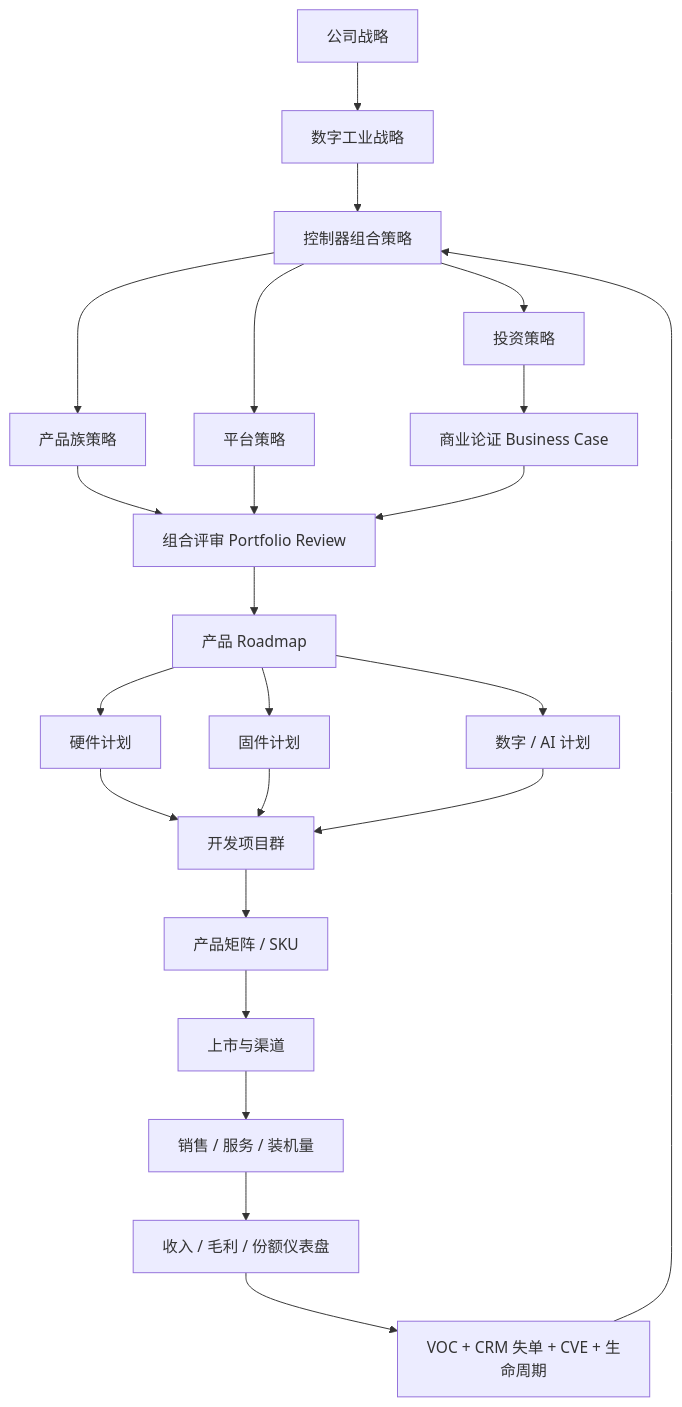
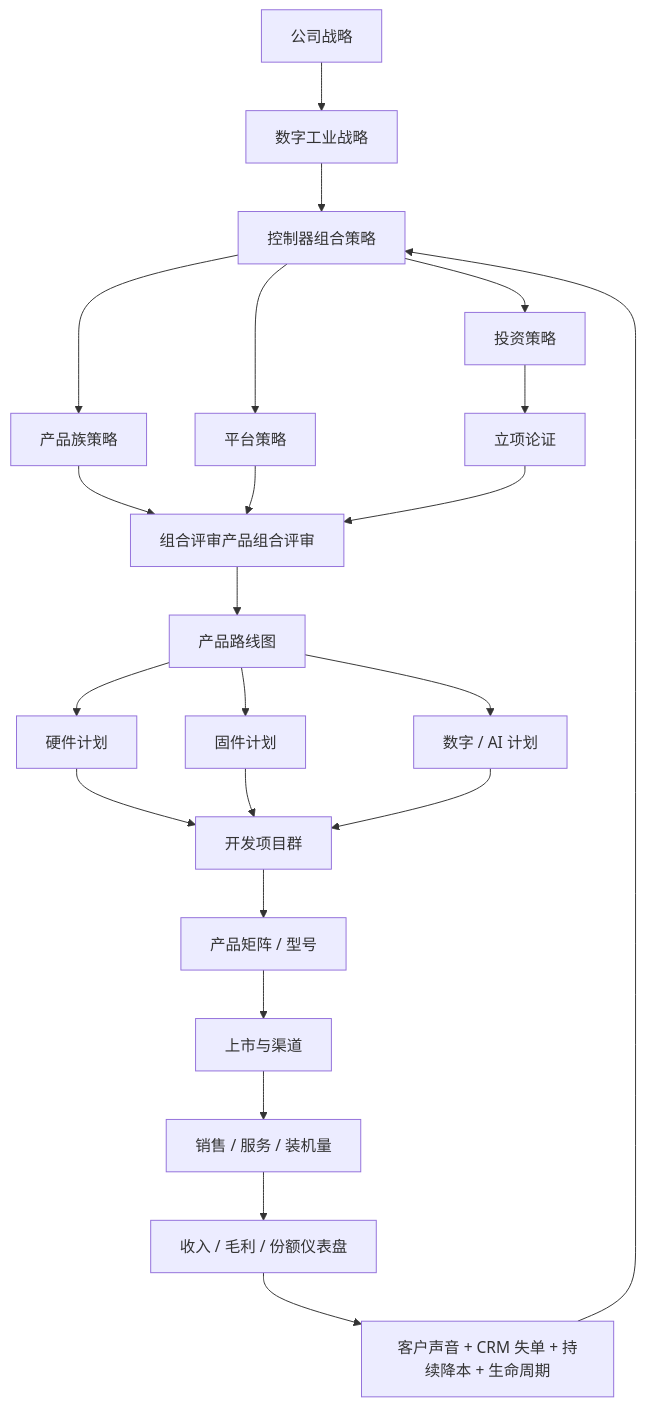
Diagram 11 of 29 in 产品管理/战略和产品管理.md (analyst2004lx/paper01), drawn with Mermaid before and after one commit. The commit also changed other lines of this file and 2 other files, not shown here.

````diff
--- a/产品管理/战略和产品管理.md
+++ b/产品管理/战略和产品管理.md
@@ -1160,30 +1165,30 @@
 ```mermaid
 flowchart TD
     CS["公司战略"] --> DIS["数字工业战略"]
     DIS --> CPS["控制器组合策略"]
 
     CPS --> Fam["产品族策略"]
     CPS --> Plat["平台策略"]
     CPS --> Inv["投资策略"]
 
-    Fam --> PR["组合评审 Portfolio Review"]
+    Fam --> PR["组合评审产品组合评审"]
     Plat --> PR
-    Inv --> BC["商业论证 Business Case"]
+    Inv --> BC["立项论证"]
     BC --> PR
 
-    PR --> RM["产品 Roadmap"]
+    PR --> RM["产品路线图"]
     RM --> HW["硬件计划"]
     RM --> FW["固件计划"]
     RM --> DIG["数字 / AI 计划"]
 
     HW --> DEV["开发项目群"]
     FW --> DEV
     DIG --> DEV
 
-    DEV --> SKU["产品矩阵 / SKU"]
+    DEV --> SKU["产品矩阵 / 型号"]
     SKU --> GTM["上市与渠道"]
     GTM --> IB["销售 / 服务 / 装机量"]
     IB --> DASH["收入 / 毛利 / 份额仪表盘"]
-    DASH --> FB["VOC + CRM 失单 + CVE + 生命周期"]
+    DASH --> FB["客户声音 + CRM 失单 + 持续降本 + 生命周期"]
     FB --> CPS
 ```
````
